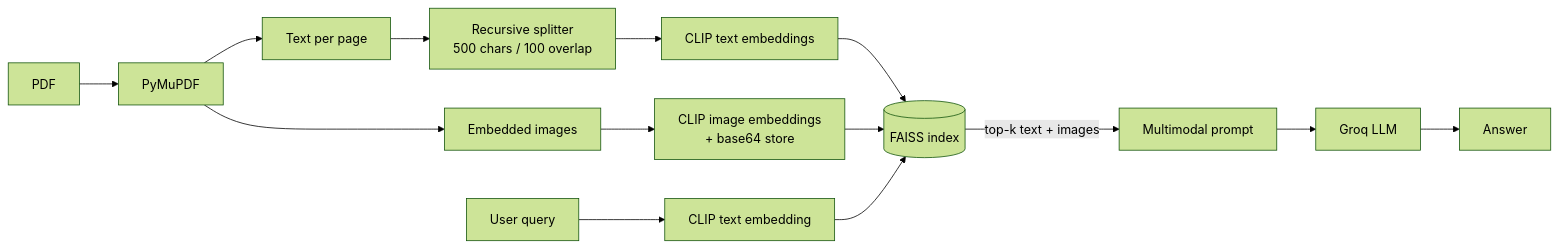
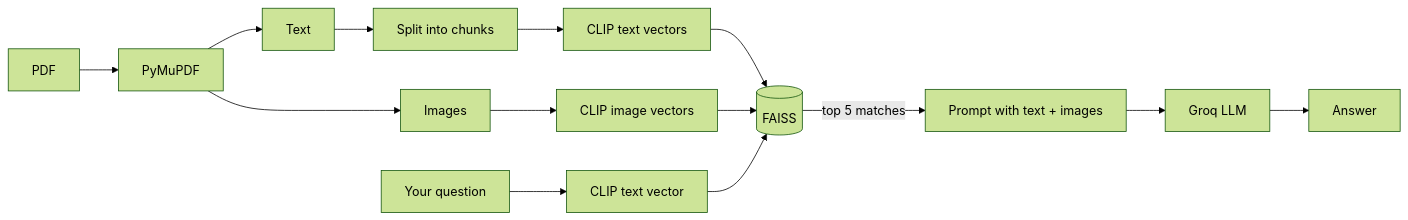
Before and after one commit to IshwarRajChauhan/langchain-try: the diagram in README.md, drawn with Mermaid (forest theme). The commit also changed other lines of this file, not shown here.

Commit message:
Update README for multimodal RAG project

````diff
--- a/README.md
+++ b/README.md
@@ -7,16 +7,16 @@
 ```mermaid
 flowchart LR
     A[PDF] --> B[PyMuPDF]
-    B --> C[Text per page]
-    B --> D[Embedded images]
-    C --> E[Recursive splitter<br/>500 chars / 100 overlap]
-    E --> F[CLIP text embeddings]
-    D --> G[CLIP image embeddings<br/>+ base64 store]
-    F --> H[(FAISS index)]
+    B --> C[Text]
+    B --> D[Images]
+    C --> E[Split into chunks]
+    E --> F[CLIP text vectors]
+    D --> G[CLIP image vectors]
+    F --> H[(FAISS)]
     G --> H
-    Q[User query] --> I[CLIP text embedding]
+    Q[Your question] --> I[CLIP text vector]
     I --> H
-    H -->|top-k text + images| J[Multimodal prompt]
+    H -->|top 5 matches| J[Prompt with text + images]
     J --> K[Groq LLM]
     K --> L[Answer]
 ```
````
